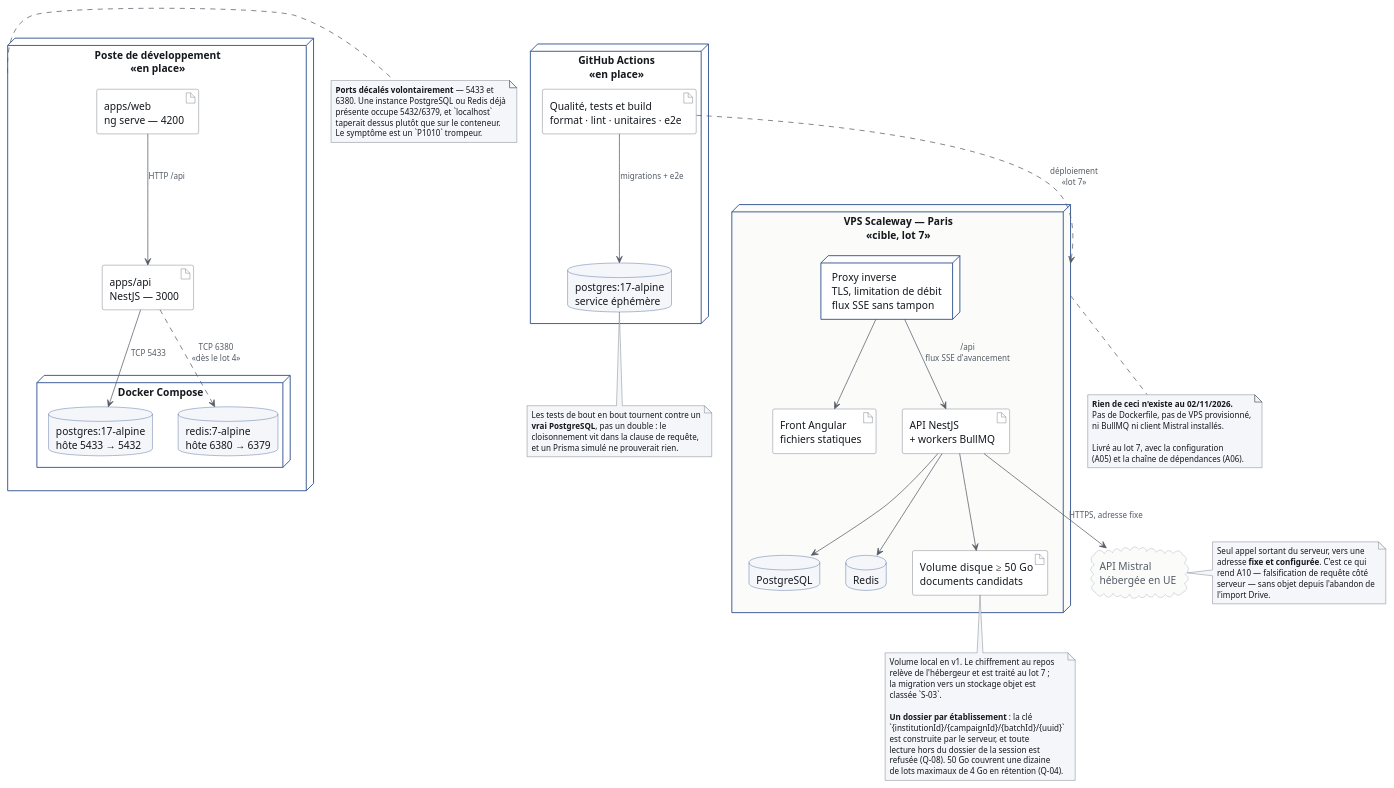
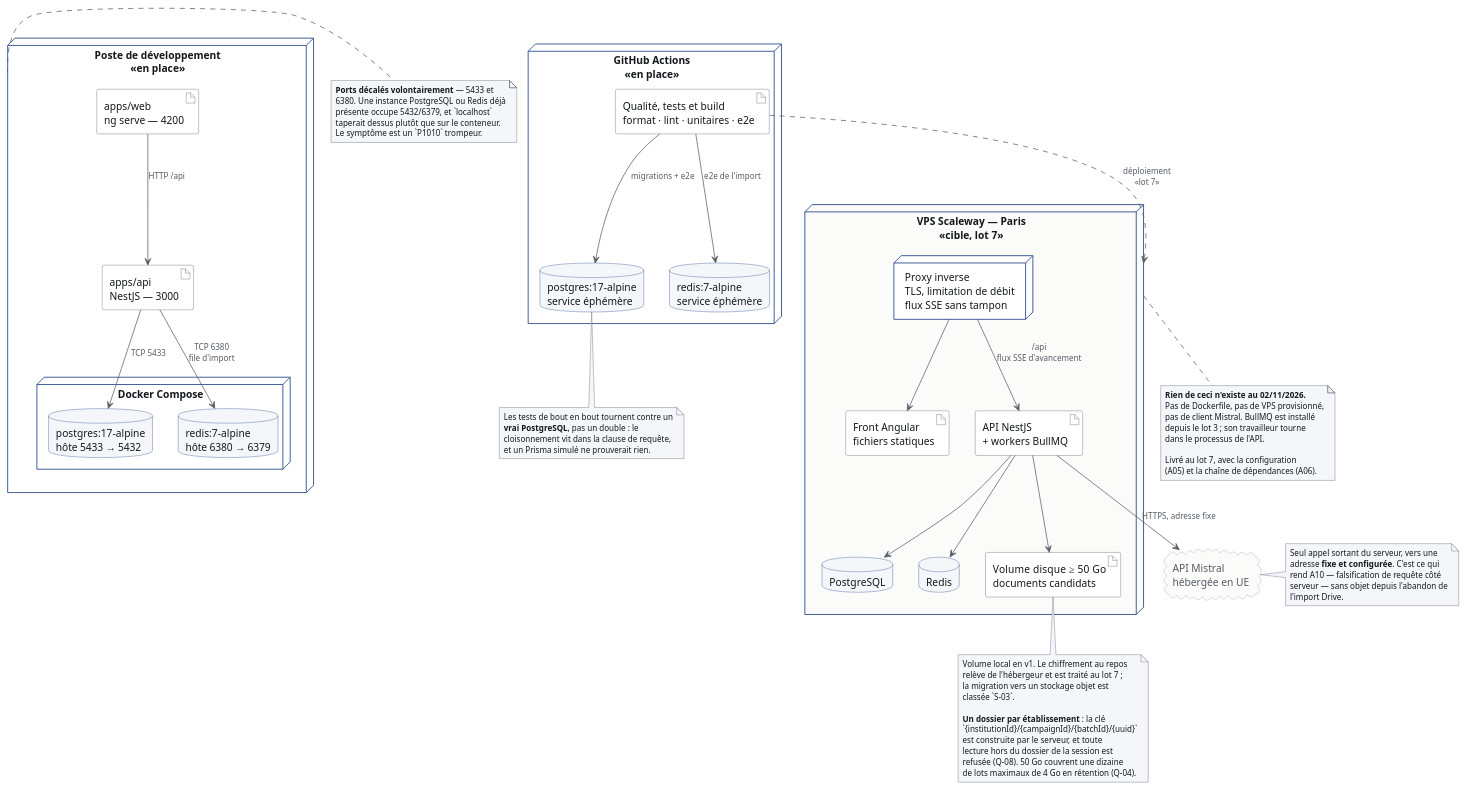
Before and after one commit to XamTV/Probo: the diagram in docs/conception/diagramme-deploiement.puml, drawn with PlantUML. The commit also changed 18 other files, not shown here.

```diff
--- a/docs/conception/diagramme-deploiement.puml
+++ b/docs/conception/diagramme-deploiement.puml
@@ -1,141 +1,145 @@
 @startuml diagramme-deploiement
 ' Probo — diagramme de déploiement
 '
 ' Deux environnements, et la distinction est le propos du diagramme :
 '
 '   EN PLACE    — ce qui tourne aujourd'hui : le poste de développement et la
 '                 chaîne d'intégration continue.
 '   CIBLE       — la production, qui n'existe pas encore. Aucun Dockerfile
 '                 n'est écrit, aucun VPS n'est provisionné. Elle est livrée au
 '                 lot 7, avec A05 et A06 du plan de sécurisation.
 '
 ' Les mentionner ensemble sans les distinguer reviendrait à revendiquer une
 ' capacité non implémentée. Le trait pointillé et la mention « lot 7 » portent
 ' cette distinction.
 
 skinparam shadowing false
 skinparam defaultFontName Helvetica
 skinparam node {
   BackgroundColor #FFFFFF
   BorderColor #294B8A
   BorderThickness 1.2
   FontColor #14181D
 }
 skinparam database {
   BackgroundColor #F4F6FA
   BorderColor #294B8A
   FontColor #14181D
 }
 skinparam cloud {
   BackgroundColor #FBFBFA
   BorderColor #9AA1A9
   FontColor #545C66
 }
 skinparam artifact {
   BackgroundColor #FFFFFF
   BorderColor #545C66
   FontColor #14181D
 }
 skinparam note {
   BackgroundColor #F4F6FA
   BorderColor #545C66
   FontColor #14181D
   FontSize 11
 }
 skinparam arrow {
   Color #545C66
   FontColor #545C66
   FontSize 11
 }
 
 ' ───────────────────────────── EN PLACE ─────────────────────────────
 
 node "Poste de développement\n<<en place>>" as POSTE {
   artifact "apps/web\nng serve — 4200" as WEB_DEV
   artifact "apps/api\nNestJS — 3000" as API_DEV
 
   node "Docker Compose" as COMPOSE {
     database "postgres:17-alpine\nhôte 5433 → 5432" as PG_DEV
     database "redis:7-alpine\nhôte 6380 → 6379" as REDIS_DEV
   }
 }
 
 node "GitHub Actions\n<<en place>>" as CI {
   artifact "Qualité, tests et build\nformat · lint · unitaires · e2e" as JOB
   database "postgres:17-alpine\nservice éphémère" as PG_CI
+  database "redis:7-alpine\nservice éphémère" as REDIS_CI
 }
 
 WEB_DEV --> API_DEV : HTTP /api
 API_DEV --> PG_DEV : TCP 5433
-API_DEV ..> REDIS_DEV : TCP 6380\n<<dès le lot 4>>
+API_DEV --> REDIS_DEV : TCP 6380\nfile d'import
 JOB --> PG_CI : migrations + e2e
+JOB --> REDIS_CI : e2e de l'import
 
 ' ───────────────────────────── CIBLE, LOT 7 ─────────────────────────
 
 node "VPS Scaleway — Paris\n<<cible, lot 7>>" as VPS #FBFBFA {
   node "Proxy inverse\nTLS, limitation de débit\nflux SSE sans tampon" as PROXY
   artifact "Front Angular\nfichiers statiques" as WEB_PROD
   artifact "API NestJS\n+ workers BullMQ" as API_PROD
   database "PostgreSQL" as PG_PROD
   database "Redis" as REDIS_PROD
   artifact "Volume disque ≥ 50 Go\ndocuments candidats" as DISQUE
 }
 
 cloud "API Mistral\nhébergée en UE" as MISTRAL
 
 PROXY --> WEB_PROD
 PROXY --> API_PROD : /api\nflux SSE d'avancement
 API_PROD --> PG_PROD
 API_PROD --> REDIS_PROD
 API_PROD --> DISQUE
 API_PROD --> MISTRAL : HTTPS, adresse fixe
 
 JOB ..> VPS : déploiement\n<<lot 7>>
 
 note bottom of VPS
   **Rien de ceci n'existe au 02/11/2026.**
   Pas de Dockerfile, pas de VPS provisionné,
-  ni BullMQ ni client Mistral installés.
+  pas de client Mistral. BullMQ est installé
+  depuis le lot 3 ; son travailleur tourne
+  dans le processus de l'API.
 
   Livré au lot 7, avec la configuration
   (A05) et la chaîne de dépendances (A06).
 end note
 
 note right of POSTE
   **Ports décalés volontairement** — 5433 et
   6380. Une instance PostgreSQL ou Redis déjà
   présente occupe 5432/6379, et `localhost`
   taperait dessus plutôt que sur le conteneur.
   Le symptôme est un `P1010` trompeur.
 end note
 
 note bottom of PG_CI
   Les tests de bout en bout tournent contre un
   **vrai PostgreSQL**, pas un double : le
   cloisonnement vit dans la clause de requête,
   et un Prisma simulé ne prouverait rien.
 end note
 
 note right of MISTRAL
   Seul appel sortant du serveur, vers une
   adresse **fixe et configurée**. C'est ce qui
   rend A10 — falsification de requête côté
   serveur — sans objet depuis l'abandon de
   l'import Drive.
 end note
 
 note bottom of DISQUE
   Volume local en v1. Le chiffrement au repos
   relève de l'hébergeur et est traité au lot 7 ;
   la migration vers un stockage objet est
   classée `S-03`.
 
   **Un dossier par établissement** : la clé
   `{institutionId}/{campaignId}/{batchId}/{uuid}`
   est construite par le serveur, et toute
   lecture hors du dossier de la session est
   refusée (Q-08). 50 Go couvrent une dizaine
   de lots maximaux de 4 Go en rétention (Q-04).
 end note
 
 @enduml
```
